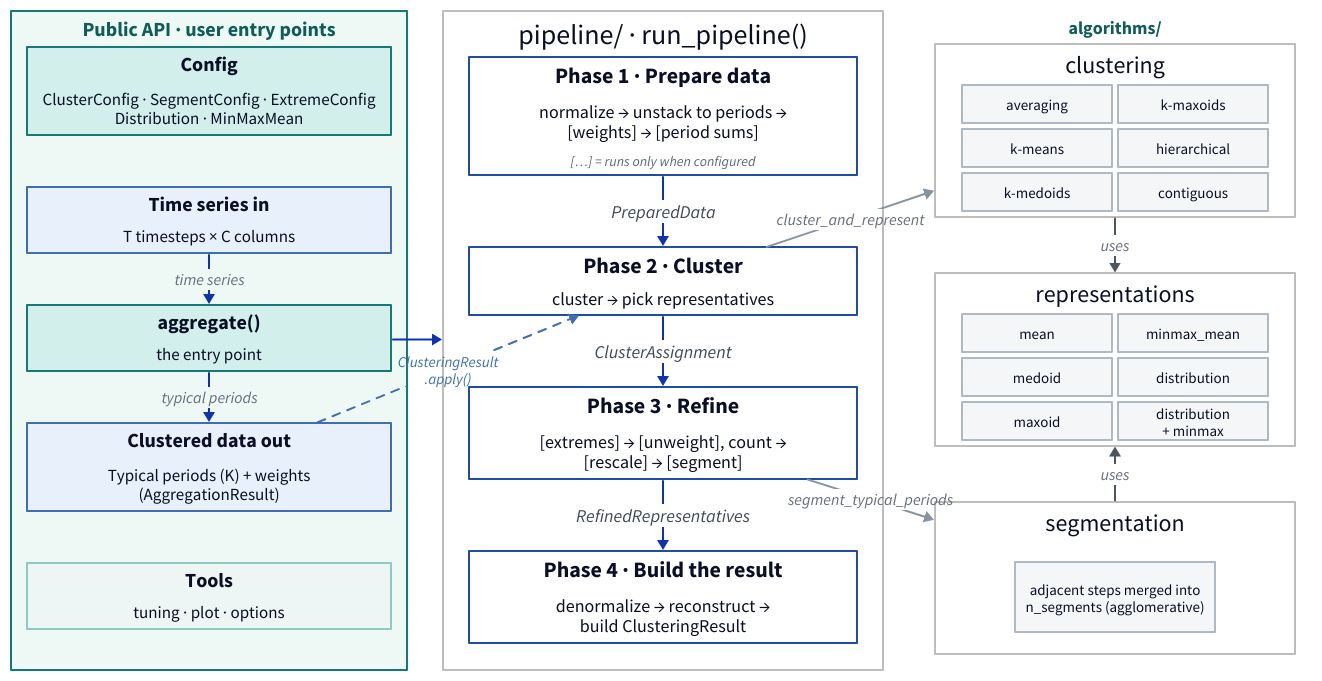
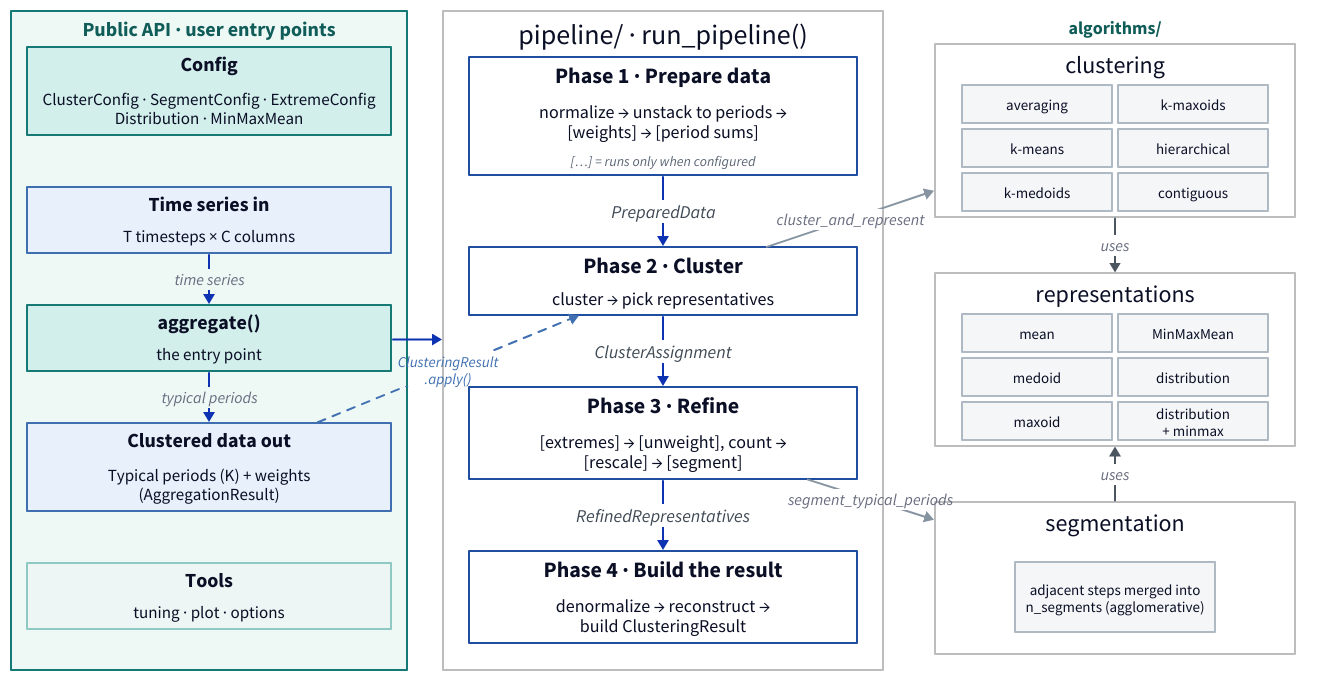
Before and after one commit to FZJ-IEK3-VSA/tsam: the diagram in docs/assets/architecture/pipeline_diagram.d2, drawn with D2. The commit also changed 17 other files, not shown here.

First line of the commit message:
fix: reject the bare "minmax_mean" representation string (#490) (#528)

```diff
--- a/docs/assets/architecture/pipeline_diagram.d2
+++ b/docs/assets/architecture/pipeline_diagram.d2
@@ -1,198 +1,198 @@
 # Pipeline architecture diagram — user data flow (time series in -> aggregate()
 # -> clustered data out), the four-phase run_pipeline(), and the clustering /
 # representation / segmentation options. Compact and A4-printable. Regenerate:
 #   d2 pipeline_diagram.d2 pipeline_diagram.svg
 
 direction: down
 
 vars: {
   d2-config: { pad: 6 }
 }
 
 classes: {
   side: { style: { fill: transparent; stroke: "#bdbdbd" } }
   pad: { style: { fill: transparent; stroke: transparent } }
   # green wrapper around the whole public API column (the user's entry points)
   api_group: { style: { fill: "#eef9f6"; stroke: "#157a75"; stroke-width: 2; bold: true; font-size: 20; font-color: "#0f5c58" } }
   # first-class public API (aggregate + config + results): prominent teal
   public: { style: { fill: "#d3efec"; stroke: "#157a75"; stroke-width: 2; bold: false; font-size: 18 } }
   # secondary public tools: lighter teal
   tool: { style: { fill: "#eef6f5"; stroke: "#8fc9c3"; bold: false; font-size: 16 } }
   # user data (time series in / clustered data out) — blue, distinct from the API
   data: { style: { fill: "#e7f0fb"; stroke: "#3f6fb0"; stroke-width: 2 } }
   # public-box title (bold) + body (normal) sub-nodes — same split as the phases
   # (d2 can't bold only part of a single label without markdown, which drops the
   # fill/border); fixed width keeps every box equal width and the text centred.
   pub_title: { width: 360; height: 30; style: { fill: transparent; stroke: transparent; bold: true; font-size: 20 } }
   pub_body: { width: 360; height: 30; style: { fill: transparent; stroke: transparent; bold: false; font-size: 17 } }
   # phase container holds a bold title sub-node + a normal-weight body sub-node
   # (d2 cannot bold only part of a single label without markdown, which drops
   # the box border — so the two weights are two borderless sub-nodes).
   phase: { style: { fill: "#ffffff"; stroke: "#1f4ea1"; stroke-width: 2 } }
   # fixed widths so every phase box is the same width and the centered text
   # lands on the box centre (d2 left-aligns content when it stretches a narrower
   # sibling to match the widest one).
   phase_title: { width: 384; height: 32; style: { fill: transparent; stroke: transparent; bold: true; font-size: 22 } }
   phase_body: { width: 384; height: 30; style: { fill: transparent; stroke: transparent; bold: false; font-size: 18 } }
   # faint caption row under a phase body — carries the key for the [ … ] marks
   # that flag the stages which run only when the caller configures them.
   phase_tag: { width: 384; style: { fill: transparent; stroke: transparent; bold: false; italic: true; font-size: 14; font-color: "#5a6675" } }
   # individual option chips — fixed width so all three groups are equal width
   opt: { width: 150; height: 38; style: { fill: "#f4f6f8"; stroke: "#aeb9c4"; bold: false; font-size: 15 } }
   conn: { style: { stroke: "#8693a0" } }
 }
 
 grid-columns: 3
 grid-gap: 36
 vertical-gap: 20
 
 # ── Left: public API (config → aggregate → results) + tools ────────────────
 # grid-gap doubles as the container's inner padding, so it is kept tiny (4) to
 # keep the outer boxes tight; the vertical spacing comes from transparent spacer
 # rows whose heights are tuned to fill the column to the tallest (right) one.
 lcol: "Public API · user entry points" {
   class: api_group
   grid-columns: 1
   grid-gap: 16
   cfg: "" {
     class: public
     grid-rows: 2
     grid-gap: 2
     title: "Config" { class: pub_title }
     body: "ClusterConfig · SegmentConfig · ExtremeConfig\nDistribution · MinMaxMean" { class: pub_body; height: 52 }
   }
   gap0: "" { class: pad; width: 10; height: 20 }
   ts: "" {
     class: data
     grid-rows: 2
     grid-gap: 2
     title: "Time series in" { class: pub_title }
     body: "T timesteps × C columns" { class: pub_body }
   }
   gapA: "" { class: pad; width: 10; height: 20 }
   api: "" {
     class: public
     grid-rows: 2
     grid-gap: 2
     title: "aggregate()" { class: pub_title }
     body: "the entry point" { class: pub_body }
   }
   gapB: "" { class: pad; width: 10; height: 20 }
   res: "" {
     class: data
     grid-rows: 2
     grid-gap: 2
     title: "Clustered data out" { class: pub_title }
     body: "Typical periods (K) + weights\n(AggregationResult)" { class: pub_body; height: 52 }
   }
   gapC: "" { class: pad; width: 10; height: 20 }
   tools: "" {
     class: tool
     grid-rows: 2
     grid-gap: 2
     title: "Tools" { class: pub_title }
     body: "tuning · plot · options" { class: pub_body }
   }
   ts -> api: "time series"
   api -> res: "typical periods"
 }
 
 # ── Center: the four phases (bold title + stage names) ─────────────────────
 pipeline: "pipeline/ · run_pipeline()" {
   class: side
   grid-columns: 1
   grid-gap: 26
 
   p1: "" {
     class: phase
     grid-rows: 3
     grid-gap: 2
     title: "Phase 1 · Prepare data" { class: phase_title }
     body: "normalize → unstack to periods →\n[weights] → [period sums]" { class: phase_body; height: 54 }
     tag: "[…] = runs only when configured" { class: phase_tag; height: 24 }
   }
   gap1: "" { class: pad; width: 10; height: 20 }
   p2: "" {
     class: phase
     grid-rows: 3
     grid-gap: 2
     title: "Phase 2 · Cluster" { class: phase_title }
     body: "cluster → pick representatives" { class: phase_body }
   }
   gap2: "" { class: pad; width: 10; height: 20 }
   p3: "" {
     class: phase
     grid-rows: 2
     grid-gap: 2
     title: "Phase 3 · Refine" { class: phase_title }
     body: "[extremes] → [unweight], count →\n[rescale] → [segment]" { class: phase_body; height: 54 }
   }
   gap3: "" { class: pad; width: 10; height: 20 }
   p4: "" {
     class: phase
     grid-rows: 2
     grid-gap: 2
     title: "Phase 4 · Build the result" { class: phase_title }
     body: "denormalize → reconstruct →\nbuild ClusteringResult" { class: phase_body; height: 54 }
   }
 
   p1 -> p2: "PreparedData" { style.font-size: 18; style.font-color: "#3f4a55" }
   p2 -> p3: "ClusterAssignment" { style.font-size: 18; style.font-color: "#3f4a55" }
   p3 -> p4: "RefinedRepresentatives" { style.font-size: 18; style.font-color: "#3f4a55" }
 }
 
 # ── Right: algorithms/ — config-agnostic kernels the stages dispatch to ────
 rcol: "algorithms/" {
   class: pad
   style.font-size: 18
   style.font-color: "#0f5c58"
   style.bold: true
   grid-columns: 1
   grid-gap: 16
 
   clu_back: "clustering" {
     class: side
     width: 360
     grid-columns: 2
     grid-gap: 6
     m1: "averaging" { class: opt }
     m2: "k-means" { class: opt }
     m3: "k-medoids" { class: opt }
     m4: "k-maxoids" { class: opt }
     m5: "hierarchical" { class: opt }
     m6: "contiguous" { class: opt }
   }
 
   gapR1: "" { class: pad; width: 10; height: 24 }
   reps: "representations" {
     class: side
     width: 360
     grid-columns: 2
     grid-gap: 6
     r1: "mean" { class: opt }
     r2: "medoid" { class: opt }
     r3: "maxoid" { class: opt }
-    r4: "minmax_mean" { class: opt }
+    r4: "MinMaxMean" { class: opt }
     r5: "distribution" { class: opt }
     r6: "distribution\n+ minmax" { class: opt }
   }
 
   gapR2: "" { class: pad; width: 10; height: 24 }
   seg_back: "segmentation" {
     class: side
     width: 360
     height: 152
     grid-columns: 1
     s1: "adjacent steps merged into\nn_segments (agglomerative)" { class: opt; height: 70; width: 200 }
   }
 }
 
 # ── Edges ─────────────────────────────────────────────────────────────────
 lcol.api -> pipeline
 pipeline.p2 -> rcol.clu_back: "cluster_and_represent" { class: conn }
 pipeline.p3 -> rcol.seg_back: "segment_typical_periods" { class: conn }
 rcol.clu_back -> rcol.reps: "uses" { style: { stroke: "#4a5560"; stroke-width: 2 } }
 rcol.seg_back -> rcol.reps: "uses" { style: { stroke: "#4a5560"; stroke-width: 2 } }
 
 # transfer path: reuse a fitted clustering on new data (skips the clustering step)
 lcol.res -> pipeline.p2: "ClusteringResult\n.apply()" { style: { stroke-dash: 4; stroke: "#3f6fb0"; font-size: 15; font-color: "#3f6fb0" } }
```
